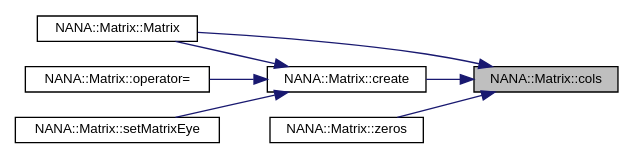
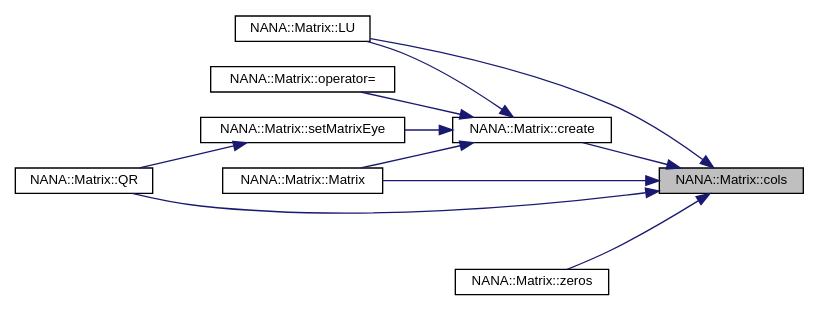
One commit to YuruTu/NANA changed the diagram in docs/class_n_a_n_a_1_1_matrix_a5e7705b4d776c325b12b0599c021f607_icgraph.dot. Above: the diagram before and after it, drawn with Graphviz. The commit also changed 47 other files, not shown here.

```diff
--- a/docs/class_n_a_n_a_1_1_matrix_a5e7705b4d776c325b12b0599c021f607_icgraph.dot
+++ b/docs/class_n_a_n_a_1_1_matrix_a5e7705b4d776c325b12b0599c021f607_icgraph.dot
@@ -1,19 +1,25 @@
 digraph "NANA::Matrix::cols"
 {
  // LATEX_PDF_SIZE
   edge [fontname="Helvetica",fontsize="10",labelfontname="Helvetica",labelfontsize="10"];
   node [fontname="Helvetica",fontsize="10",shape=record];
   rankdir="RL";
   Node1 [label="NANA::Matrix::cols",height=0.2,width=0.4,color="black", fillcolor="grey75", style="filled", fontcolor="black",tooltip="获取矩阵的列数"];
   Node1 -> Node2 [dir="back",color="midnightblue",fontsize="10",style="solid",fontname="Helvetica"];
   Node2 [label="NANA::Matrix::create",height=0.2,width=0.4,color="black", fillcolor="white", style="filled",URL="$class_n_a_n_a_1_1_matrix.html#a9143733c65d050c962bb9ea8fe03d19b",tooltip="申请内存"];
   Node2 -> Node3 [dir="back",color="midnightblue",fontsize="10",style="solid",fontname="Helvetica"];
-  Node3 [label="NANA::Matrix::Matrix",height=0.2,width=0.4,color="black", fillcolor="white", style="filled",URL="$class_n_a_n_a_1_1_matrix.html#a200779713f922b3c87ad193b3ea7f6b4",tooltip="构造函数，主动申请与管理内存"];
+  Node3 [label="NANA::Matrix::LU",height=0.2,width=0.4,color="black", fillcolor="white", style="filled",URL="$class_n_a_n_a_1_1_matrix.html#a4fa999237fe4b55b662bcd8e38707d1e",tooltip="实现矩阵的LU分解"];
   Node2 -> Node4 [dir="back",color="midnightblue",fontsize="10",style="solid",fontname="Helvetica"];
-  Node4 [label="NANA::Matrix::operator=",height=0.2,width=0.4,color="black", fillcolor="white", style="filled",URL="$class_n_a_n_a_1_1_matrix.html#af8f91cc9e267b3c55d0b8e6cb80351c4",tooltip="等于时"];
+  Node4 [label="NANA::Matrix::Matrix",height=0.2,width=0.4,color="black", fillcolor="white", style="filled",URL="$class_n_a_n_a_1_1_matrix.html#a200779713f922b3c87ad193b3ea7f6b4",tooltip="构造函数，主动申请与管理内存"];
   Node2 -> Node5 [dir="back",color="midnightblue",fontsize="10",style="solid",fontname="Helvetica"];
-  Node5 [label="NANA::Matrix::setMatrixEye",height=0.2,width=0.4,color="black", fillcolor="white", style="filled",URL="$class_n_a_n_a_1_1_matrix.html#a0a5423a5d4ad70b3225216b7a6542ee4",tooltip="将当前矩阵设置为单位矩阵"];
+  Node5 [label="NANA::Matrix::operator=",height=0.2,width=0.4,color="black", fillcolor="white", style="filled",URL="$class_n_a_n_a_1_1_matrix.html#af8f91cc9e267b3c55d0b8e6cb80351c4",tooltip="等于时"];
+  Node2 -> Node6 [dir="back",color="midnightblue",fontsize="10",style="solid",fontname="Helvetica"];
+  Node6 [label="NANA::Matrix::setMatrixEye",height=0.2,width=0.4,color="black", fillcolor="white", style="filled",URL="$class_n_a_n_a_1_1_matrix.html#a0a5423a5d4ad70b3225216b7a6542ee4",tooltip="将当前矩阵设置为单位矩阵"];
+  Node6 -> Node7 [dir="back",color="midnightblue",fontsize="10",style="solid",fontname="Helvetica"];
+  Node7 [label="NANA::Matrix::QR",height=0.2,width=0.4,color="black", fillcolor="white", style="filled",URL="$class_n_a_n_a_1_1_matrix.html#a521948ec0114d2e2204782b2bfd11bb0",tooltip="基于豪斯荷尔德变换实现矩阵的QR分解"];
   Node1 -> Node3 [dir="back",color="midnightblue",fontsize="10",style="solid",fontname="Helvetica"];
-  Node1 -> Node6 [dir="back",color="midnightblue",fontsize="10",style="solid",fontname="Helvetica"];
-  Node6 [label="NANA::Matrix::zeros",height=0.2,width=0.4,color="black", fillcolor="white", style="filled",URL="$class_n_a_n_a_1_1_matrix.html#aca43ab15a7bcbb1b79bba0e384064194",tooltip="生成全0矩阵"];
+  Node1 -> Node4 [dir="back",color="midnightblue",fontsize="10",style="solid",fontname="Helvetica"];
+  Node1 -> Node7 [dir="back",color="midnightblue",fontsize="10",style="solid",fontname="Helvetica"];
+  Node1 -> Node8 [dir="back",color="midnightblue",fontsize="10",style="solid",fontname="Helvetica"];
+  Node8 [label="NANA::Matrix::zeros",height=0.2,width=0.4,color="black", fillcolor="white", style="filled",URL="$class_n_a_n_a_1_1_matrix.html#aca43ab15a7bcbb1b79bba0e384064194",tooltip="生成全0矩阵"];
 }
```
